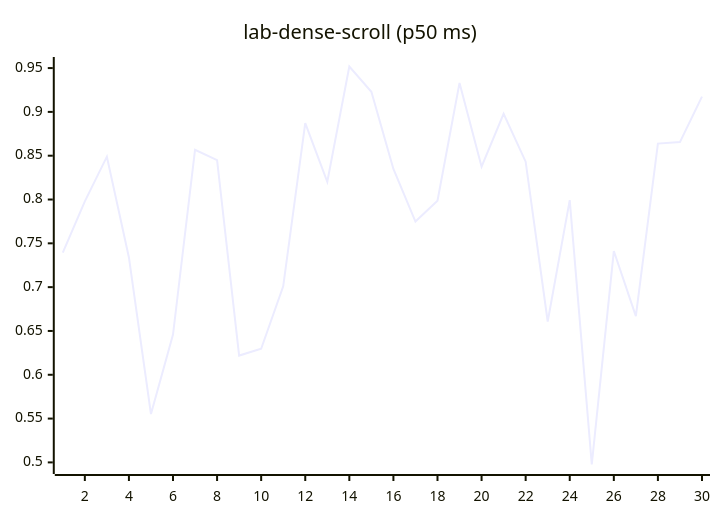
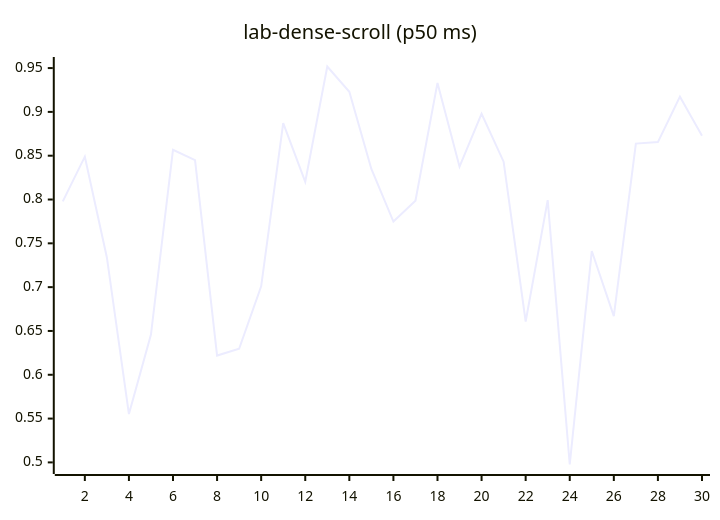
Diagram 12 of 27 in README.md (josha/Facet), drawn with Mermaid before and after one commit. The commit also changed other lines of this file and 2 other files, not shown here.

````diff
--- a/README.md
+++ b/README.md
@@ -140,6 +140,6 @@
 ```mermaid
 xychart-beta
     title "lab-dense-scroll (p50 ms)"
     x-axis 1 --> 30
-    line [0.7395, 0.7979, 0.8489, 0.7339, 0.5552, 0.6458, 0.8568, 0.8450, 0.6219, 0.6297, 0.7010, 0.8871, 0.8203, 0.9518, 0.9230, 0.8349, 0.7748, 0.7987, 0.9331, 0.8374, 0.8979, 0.8432, 0.6608, 0.7993, 0.4976, 0.7412, 0.6669, 0.8638, 0.8655, 0.9174]
+    line [0.7979, 0.8489, 0.7339, 0.5552, 0.6458, 0.8568, 0.8450, 0.6219, 0.6297, 0.7010, 0.8871, 0.8203, 0.9518, 0.9230, 0.8349, 0.7748, 0.7987, 0.9331, 0.8374, 0.8979, 0.8432, 0.6608, 0.7993, 0.4976, 0.7412, 0.6669, 0.8638, 0.8655, 0.9174, 0.8727]
 ```
````
